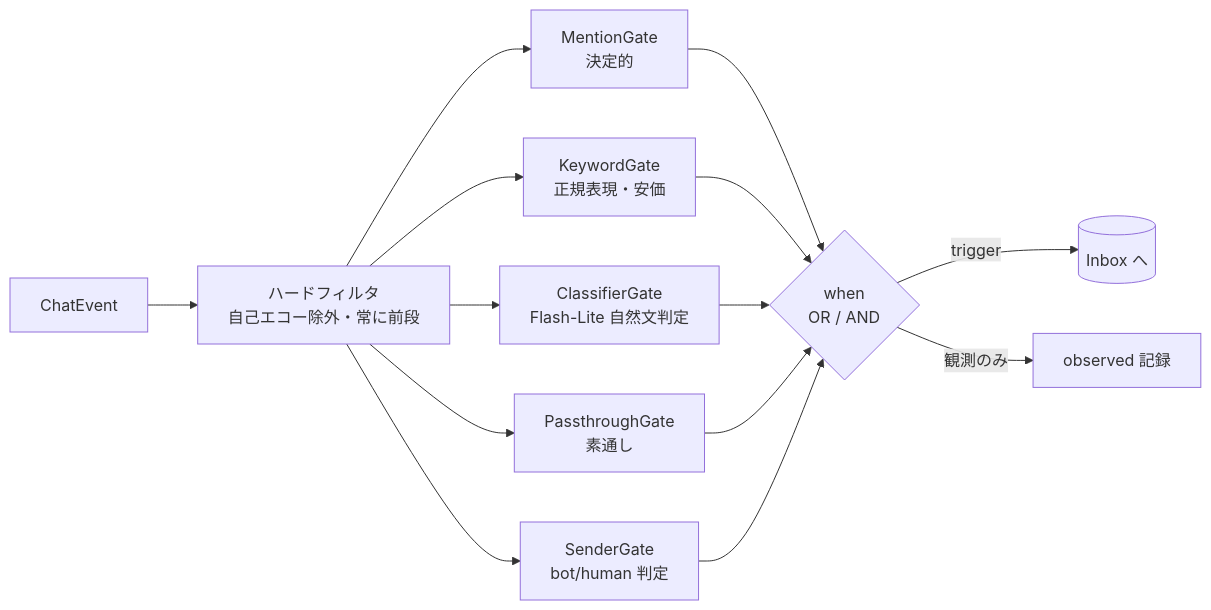
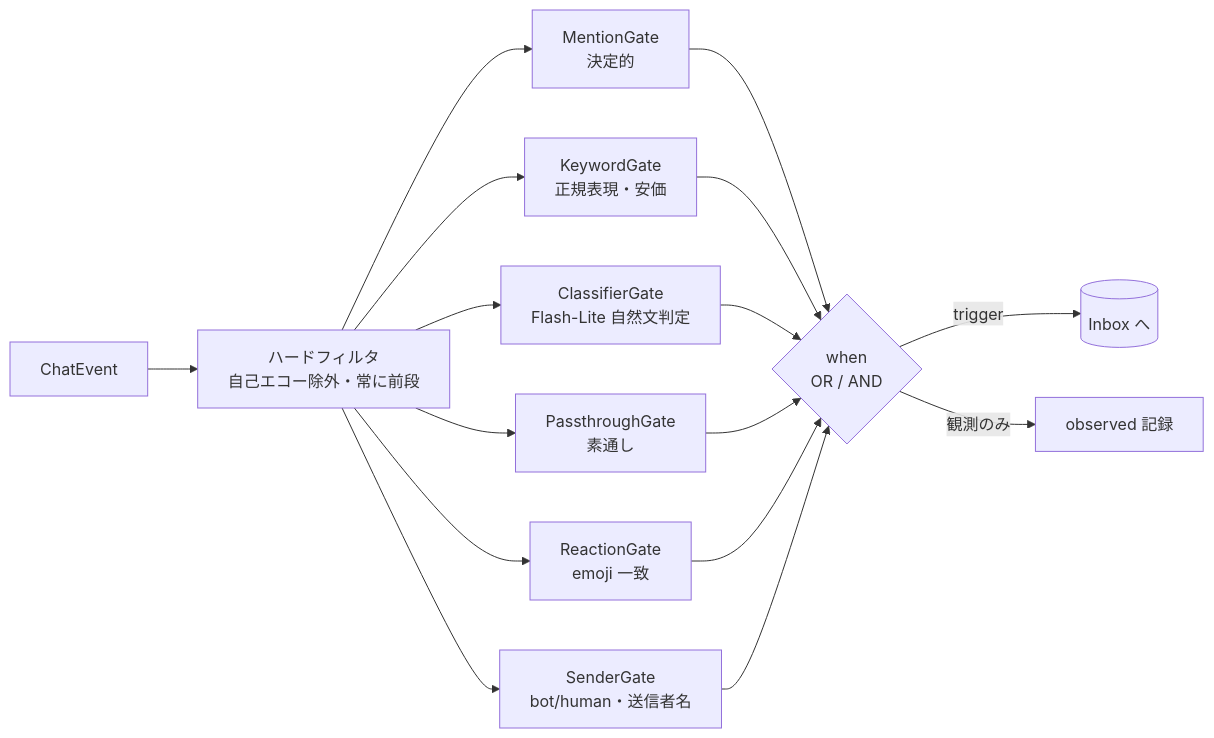
Before and after one commit to pokutuna/pi-chat-runner: the third of 5 diagrams in docs/design/components.md, drawn with Mermaid. The commit also changed 12 other files, not shown here.

First line of the commit message:
feat(gate): sender gate に id/name allowlist を追加

````diff
--- a/docs/design/components.md
+++ b/docs/design/components.md
@@ -148,12 +148,13 @@
 ```mermaid
 flowchart LR
     E[ChatEvent] --> HF[ハードフィルタ<br/>自己エコー除外・常に前段]
     HF --> M[MentionGate<br/>決定的]
     HF --> K[KeywordGate<br/>正規表現・安価]
     HF --> L[ClassifierGate<br/>Flash-Lite 自然文判定]
     HF --> PS[PassthroughGate<br/>素通し]
-    HF --> S[SenderGate<br/>bot/human 判定]
-    M & K & L & PS & S --> D{when<br/>OR / AND}
+    HF --> R[ReactionGate<br/>emoji 一致]
+    HF --> S[SenderGate<br/>bot/human・送信者名]
+    M & K & L & PS & R & S --> D{when<br/>OR / AND}
     D -->|trigger| IB[(Inbox へ)]
     D -->|観測のみ| O[observed 記録]
 ```
````
